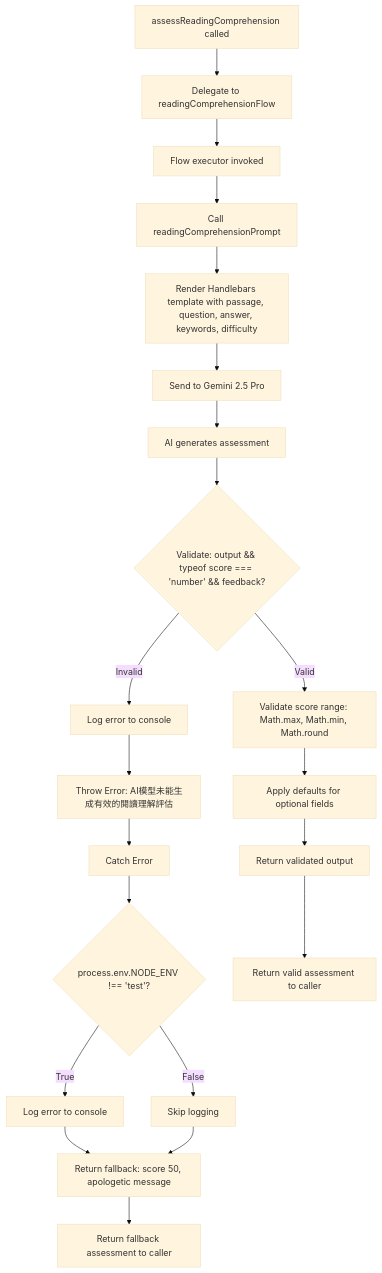
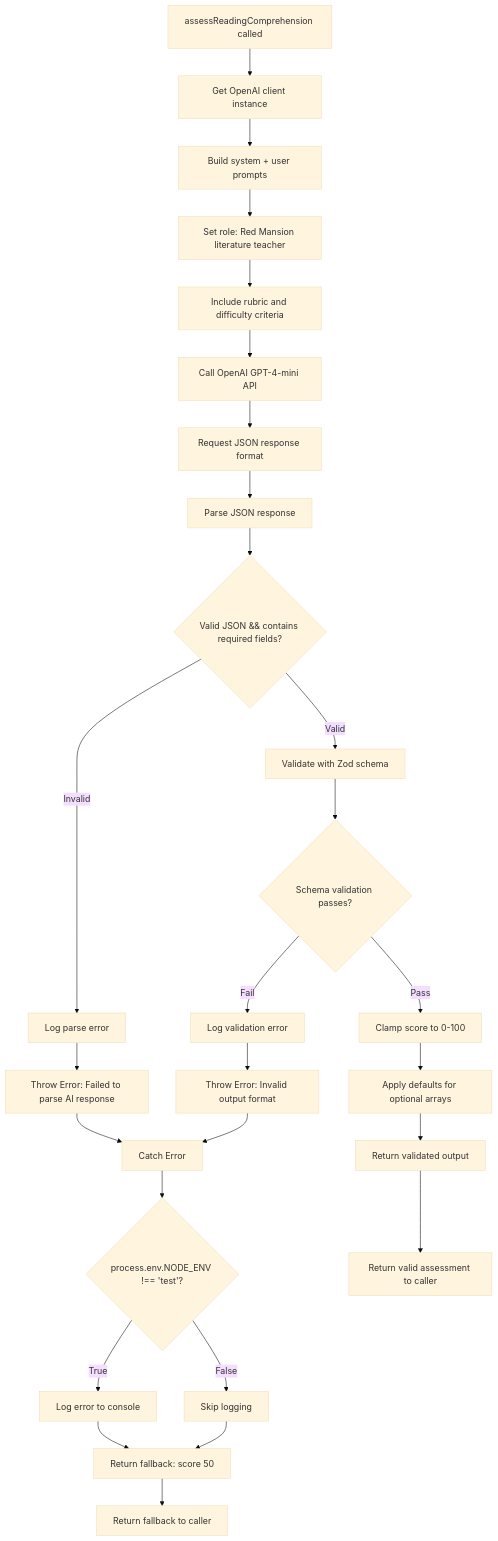
The first of 2 diagrams in docs/structure_module_infoMD/AI Flow Modules/reading-and-analysis_modules_info.md (CongJie-Pan/TheChamber_Of_RedMansion_FireBaseStudio), drawn with Mermaid (base theme) before and after one commit. The commit also changed other lines of this file and 5 other files, not shown here.

````diff
--- a/docs/structure_module_infoMD/AI Flow Modules/reading-and-analysis_modules_info.md
+++ b/docs/structure_module_infoMD/AI Flow Modules/reading-and-analysis_modules_info.md
@@ -69,26 +49,33 @@
 ```mermaid
 flowchart TD
-    A[assessReadingComprehension called] --> B[Delegate to readingComprehensionFlow]
-    B --> C[Flow executor invoked]
-    C --> D[Call readingComprehensionPrompt]
-    D --> E[Render Handlebars template with passage, question, answer, keywords, difficulty]
-    E --> F[Send to Gemini 2.5 Pro]
+    A[assessReadingComprehension called] --> B[Get OpenAI client instance]
+    B --> C[Build system + user prompts]
+    C --> D[Set role: Red Mansion literature teacher]
+    D --> E[Include rubric and difficulty criteria]
+    E --> F[Call OpenAI GPT-4-mini API]
+    F --> G[Request JSON response format]
 
-    F --> G[AI generates assessment]
-    G --> H{Validate: output && typeof score === 'number' && feedback?}
-    H -- Invalid --> I[Log error to console]
-    I --> J[Throw Error: AI模型未能生成有效的閱讀理解評估]
+    G --> H[Parse JSON response]
+    H --> I{Valid JSON && contains required fields?}
+    I -- Invalid --> J[Log parse error]
+    J --> K[Throw Error: Failed to parse AI response]
 
-    H -- Valid --> K[Validate score range: Math.max, Math.min, Math.round]
-    K --> L[Apply defaults for optional fields]
-    L --> M[Return validated output]
+    I -- Valid --> L[Validate with Zod schema]
+    L --> M{Schema validation passes?}
+    M -- Fail --> N[Log validation error]
+    N --> O[Throw Error: Invalid output format]
 
-    J --> N[Catch Error]
-    N --> O{process.env.NODE_ENV !== 'test'?}
-    O -- True --> P[Log error to console]
-    O -- False --> Q[Skip logging]
-    P --> R[Return fallback: score 50, apologetic message]
-    Q --> R
-    R --> S[Return fallback assessment to caller]
-    M --> T[Return valid assessment to caller]
+    M -- Pass --> P[Clamp score to 0-100]
+    P --> Q[Apply defaults for optional arrays]
+    Q --> R[Return validated output]
+
+    K --> S[Catch Error]
+    O --> S
+    S --> T{process.env.NODE_ENV !== 'test'?}
+    T -- True --> U[Log error to console]
+    T -- False --> V[Skip logging]
+    U --> W[Return fallback: score 50]
+    V --> W
+    W --> X[Return fallback to caller]
+    R --> Y[Return valid assessment to caller]
 ```
````
